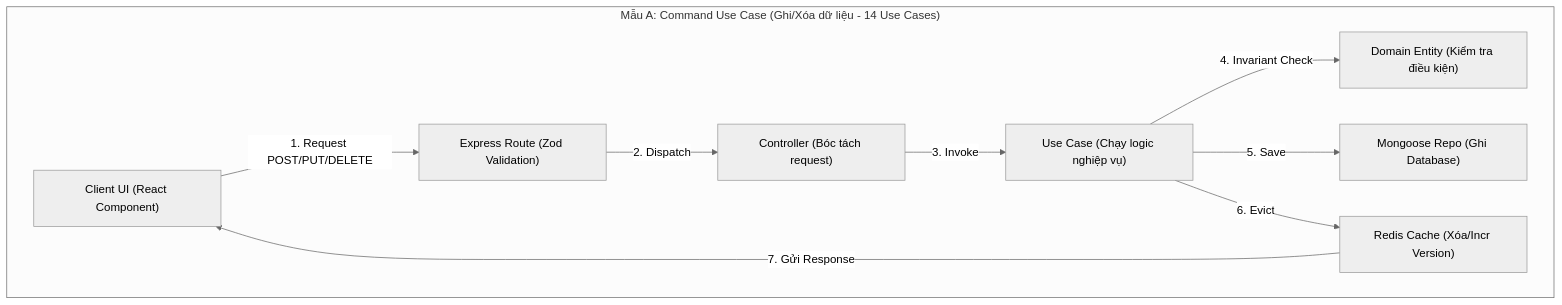
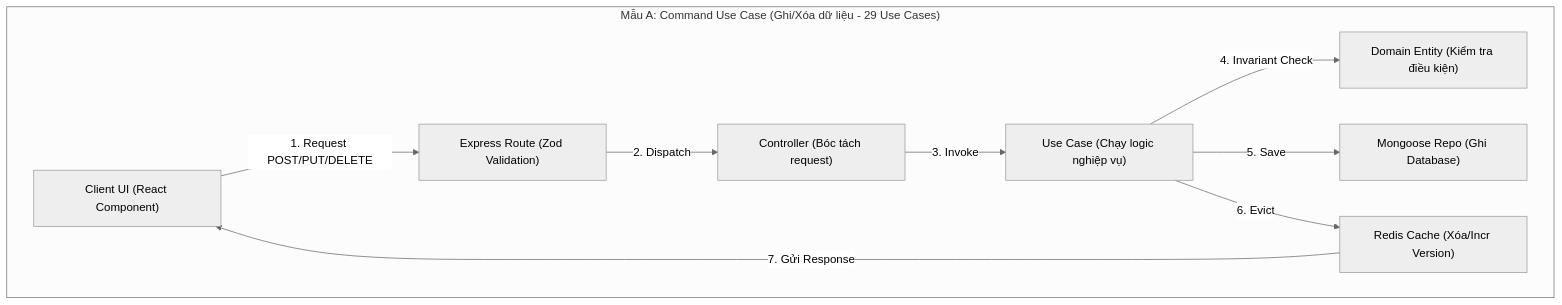
The second of 13 diagrams in docs/06_usecase_lifecycle_and_testing_guide.md (fptu-se-su26/swp391-su26-ai-audit-project-swp391_se20a04_group-06), drawn with Mermaid (neutral theme) before and after one commit. The commit also changed other lines of this file, not shown here.

Commit message:
docs: expand Use Case list in Chuyen de 06 to exactly 35 business Use Cases

````diff
--- a/docs/06_usecase_lifecycle_and_testing_guide.md
+++ b/docs/06_usecase_lifecycle_and_testing_guide.md
@@ -165,12 +208,12 @@
 ```mermaid
 graph TD
-    subgraph A ["Mẫu A: Command Use Case (Ghi/Xóa dữ liệu - 14 Use Cases)"]
+    subgraph A ["Mẫu A: Command Use Case (Ghi/Xóa dữ liệu - 29 Use Cases)"]
         UI_A["Client UI (React Component)"] -->|1. Request POST/PUT/DELETE| Route_A["Express Route (Zod Validation)"]
         Route_A -->|2. Dispatch| Ctrl_A["Controller (Bóc tách request)"]
         Ctrl_A -->|3. Invoke| UC_A["Use Case (Chạy logic nghiệp vụ)"]
         UC_A -->|4. Invariant Check| Domain_A["Domain Entity (Kiểm tra điều kiện)"]
         UC_A -->|5. Save| Repo_A["Mongoose Repo (Ghi Database)"]
         UC_A -->|6. Evict| Cache_A["Redis Cache (Xóa/Incr Version)"]
         Cache_A -->|7. Gửi Response| UI_A
     end
 ```
````
